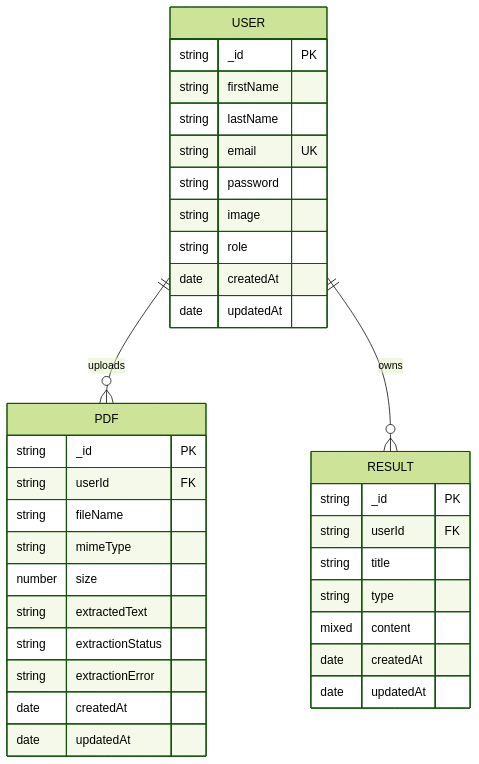
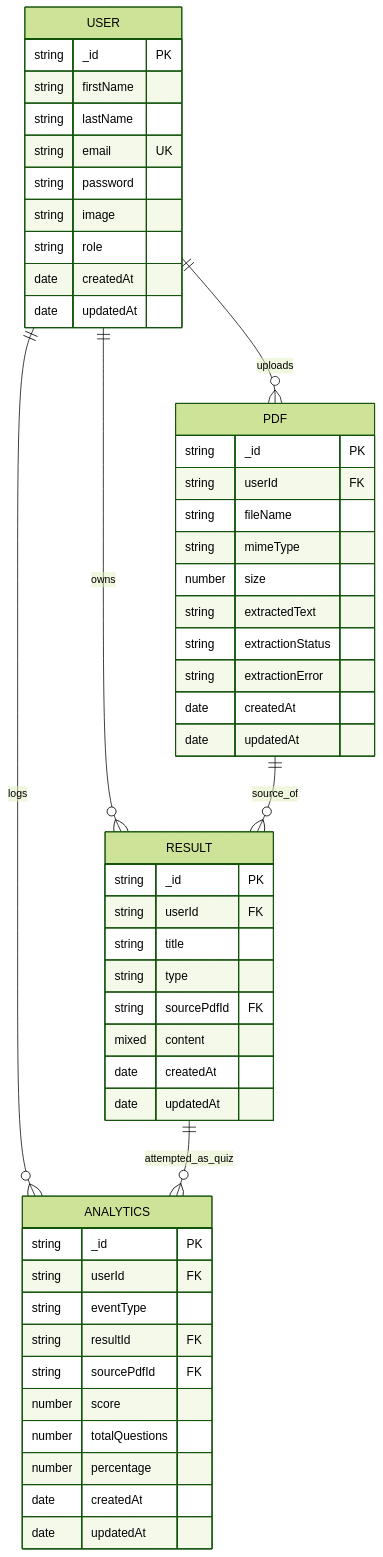
Before and after one commit to jesniemagaling/studymate-ai: the diagram in docs/entity-relationship-diagram.md, drawn with Mermaid (forest theme). The commit also changed other lines of this file and 2 other files, not shown here.

Commit message:
feat(docs): update business requirements and system documentation to include quiz performance metrics and analytics tracking

````diff
--- a/docs/entity-relationship-diagram.md
+++ b/docs/entity-relationship-diagram.md
@@ -9,40 +9,57 @@
 ```mermaid
 erDiagram
     USER ||--o{ PDF : uploads
     USER ||--o{ RESULT : owns
+    USER ||--o{ ANALYTICS : logs
+    PDF ||--o{ RESULT : source_of
+    RESULT ||--o{ ANALYTICS : attempted_as_quiz
 
     USER {
         string _id PK
         string firstName
         string lastName
         string email UK
         string password
         string image
         string role
         date createdAt
         date updatedAt
     }
 
     PDF {
         string _id PK
         string userId FK
         string fileName
         string mimeType
         number size
         string extractedText
         string extractionStatus
         string extractionError
         date createdAt
         date updatedAt
     }
 
     RESULT {
         string _id PK
         string userId FK
         string title
         string type
+        string sourcePdfId FK
         mixed content
         date createdAt
         date updatedAt
     }
+
+    ANALYTICS {
+        string _id PK
+        string userId FK
+        string eventType
+        string resultId FK
+        string sourcePdfId FK
+        number score
+        number totalQuestions
+        number percentage
+        date createdAt
+        date updatedAt
+    }
 ```
````
